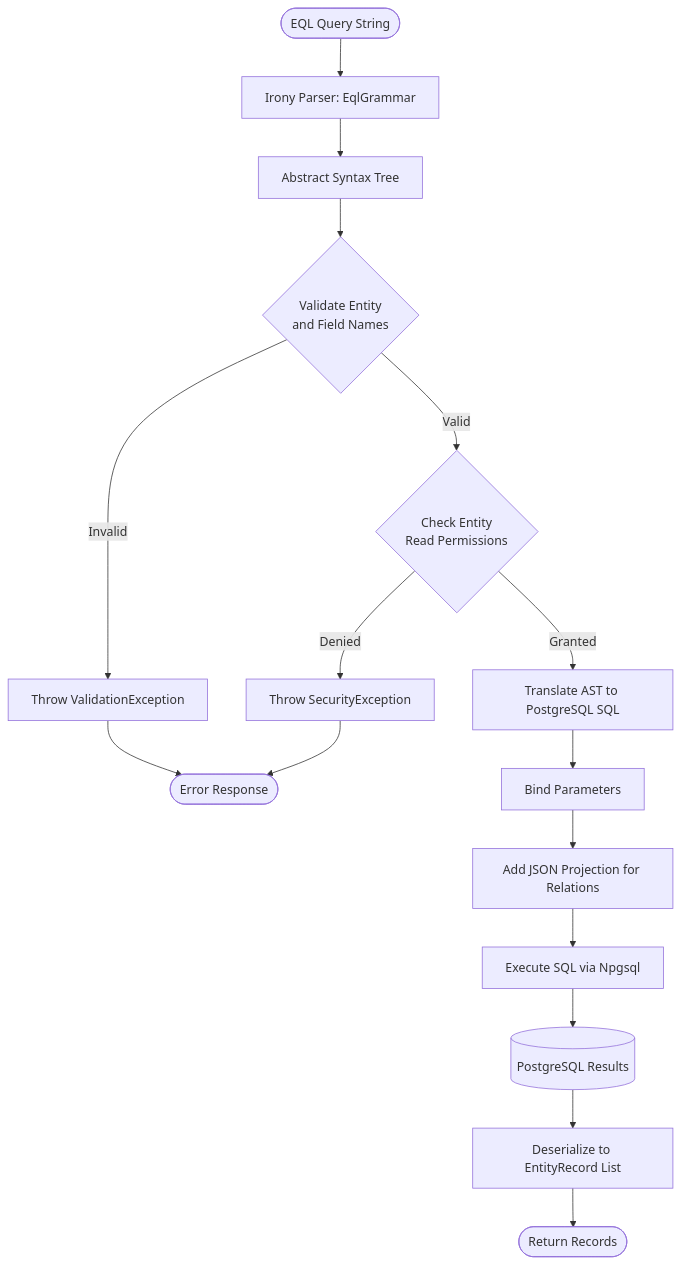
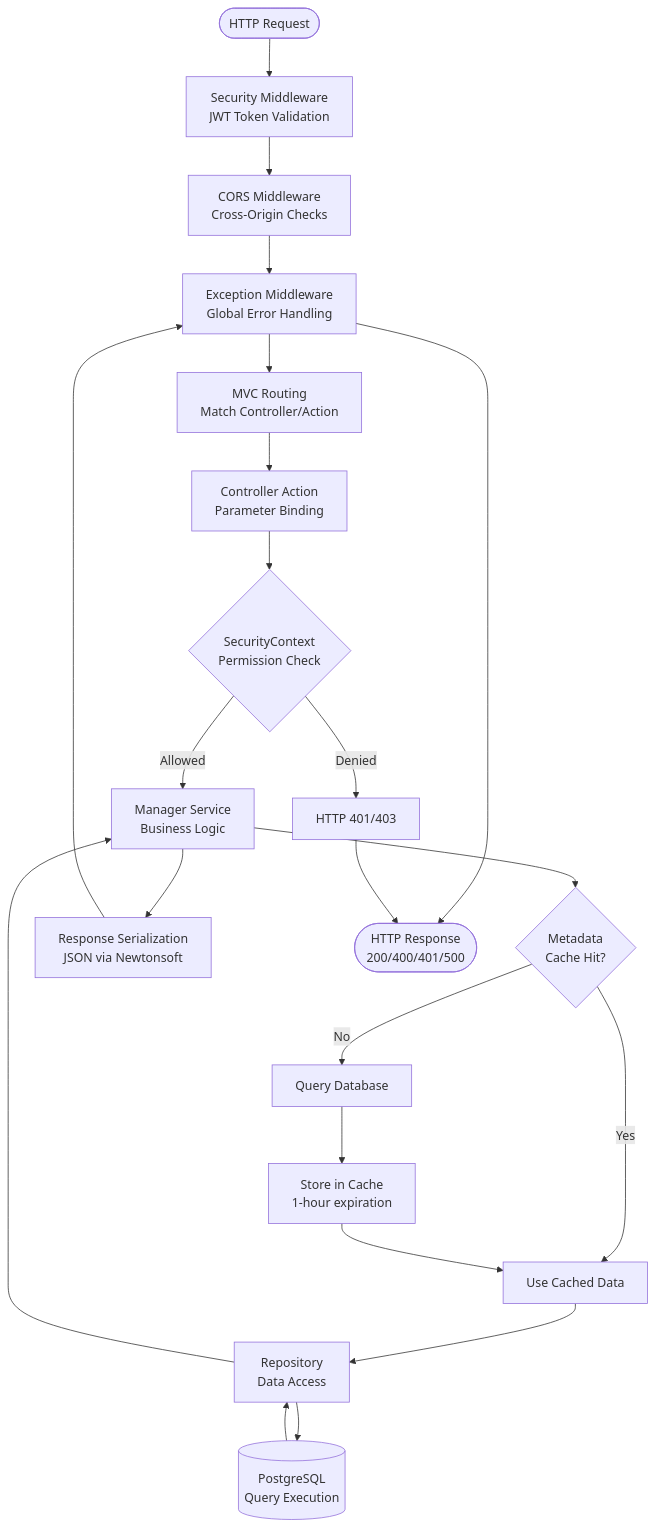
One commit to blitzy-public-samples/blitzy-WebVella-ERP changed the third of 6 diagrams in docs/reverse-engineering/architecture.md. Above: the diagram before and after it, drawn with Mermaid. The commit also changed other lines of this file and 6 other files, not shown here.

````diff
--- a/docs/reverse-engineering/architecture.md
+++ b/docs/reverse-engineering/architecture.md
@@ -548,19 +658,31 @@
 ```mermaid
 flowchart TD
-    Start([EQL Query String]) --> Parse[Irony Parser: EqlGrammar]
-    Parse --> AST[Abstract Syntax Tree]
-    AST --> Validate{Validate Entity<br/>and Field Names}
-    Validate -->|Invalid| Error1[Throw ValidationException]
-    Validate -->|Valid| Security{Check Entity<br/>Read Permissions}
-    Security -->|Denied| Error2[Throw SecurityException]
-    Security -->|Granted| Translate[Translate AST to PostgreSQL SQL]
-    Translate --> Params[Bind Parameters]
-    Params --> JSON[Add JSON Projection for Relations]
-    JSON --> Execute[Execute SQL via Npgsql]
-    Execute --> Results[(PostgreSQL Results)]
-    Results --> Deserialize[Deserialize to EntityRecord List]
-    Deserialize --> Return([Return Records])
+    Start([HTTP Request]) --> Middleware1[Security Middleware<br/>JWT Token Validation]
+    Middleware1 --> Middleware2[CORS Middleware<br/>Cross-Origin Checks]
+    Middleware2 --> Middleware3[Exception Middleware<br/>Global Error Handling]
+    Middleware3 --> Routing[MVC Routing<br/>Match Controller/Action]
     
-    Error1 --> End([Error Response])
-    Error2 --> End
+    Routing --> Controller[Controller Action<br/>Parameter Binding]
+    Controller --> SecurityCheck{SecurityContext<br/>Permission Check}
+    
+    SecurityCheck -->|Denied| Unauthorized[HTTP 401/403]
+    SecurityCheck -->|Allowed| Manager[Manager Service<br/>Business Logic]
+    
+    Manager --> Cache{Metadata<br/>Cache Hit?}
+    Cache -->|Yes| CacheHit[Use Cached Data]
+    Cache -->|No| CacheMiss[Query Database]
+    CacheMiss --> CacheStore[Store in Cache<br/>1-hour expiration]
+    CacheStore --> CacheHit
+    
+    CacheHit --> Repository[Repository<br/>Data Access]
+    Repository --> Database[(PostgreSQL<br/>Query Execution)]
+    Database --> Repository
+    
+    Repository --> Manager
+    Manager --> Response[Response Serialization<br/>JSON via Newtonsoft]
+    Response --> Middleware3
+    
+    Middleware3 --> End([HTTP Response<br/>200/400/401/500])
+    
+    Unauthorized --> End
 ```
````
